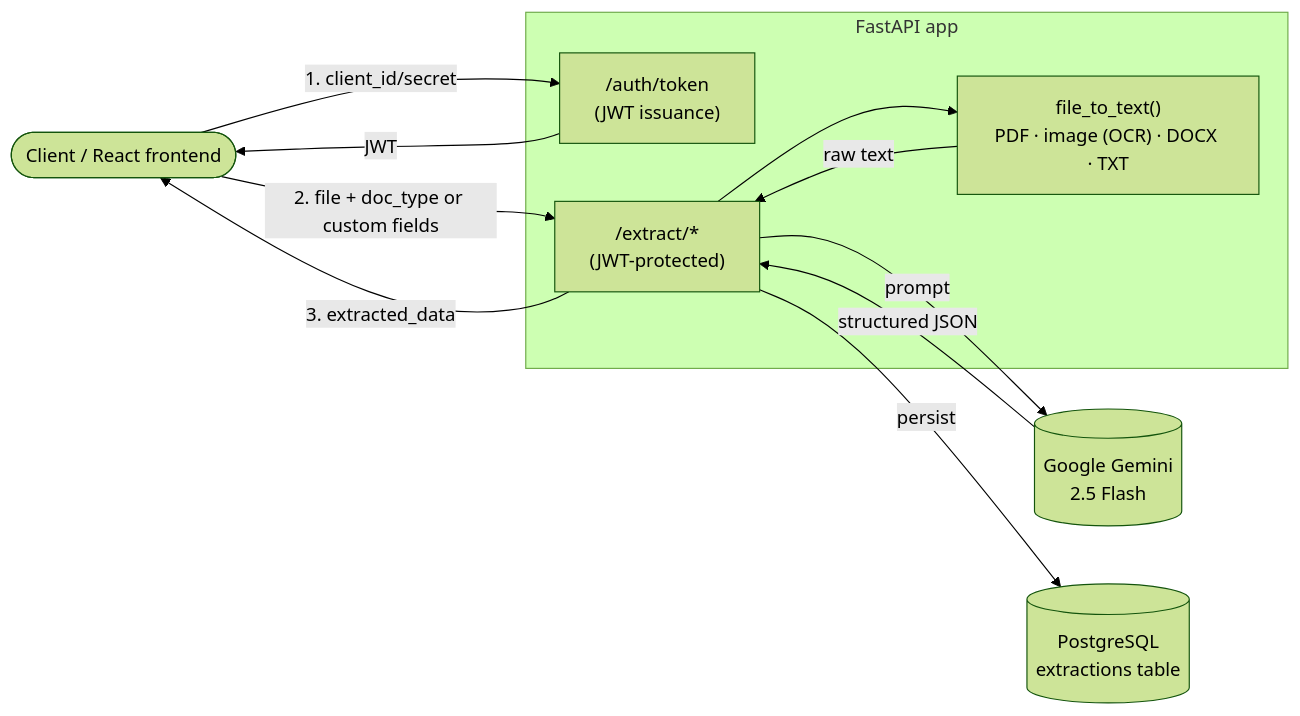
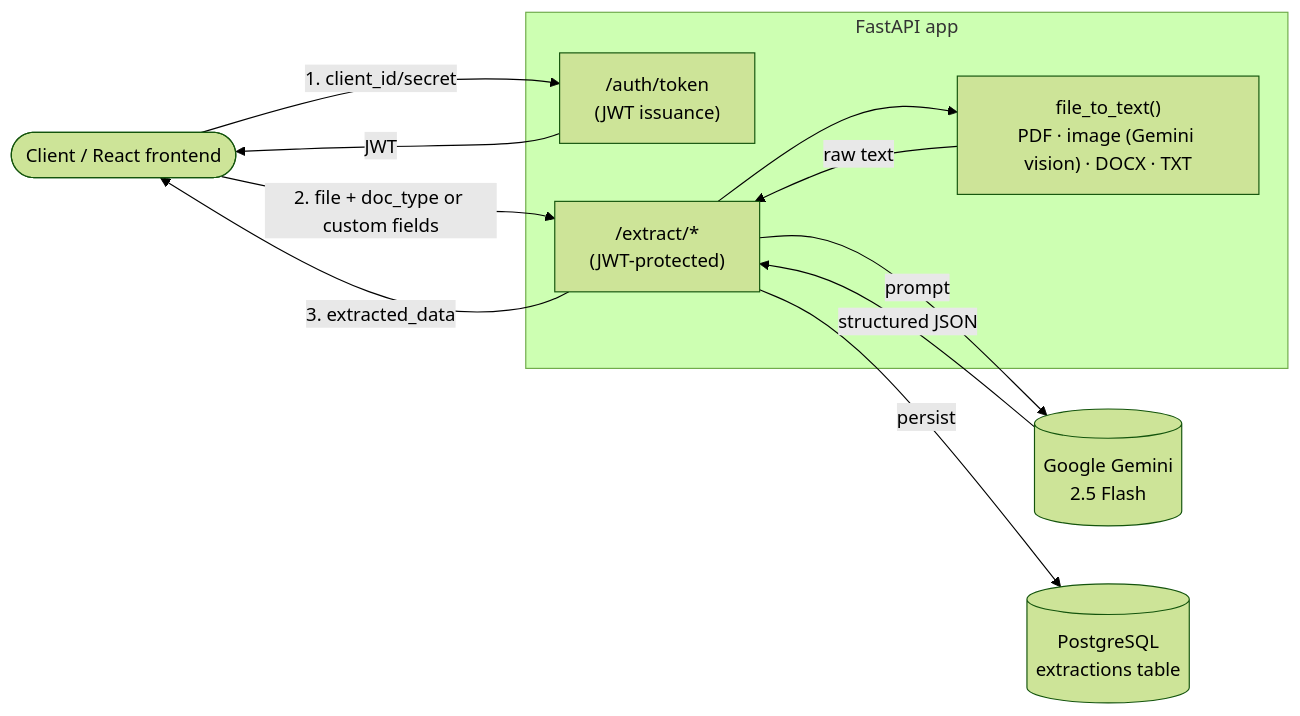
Before and after one commit to sassii-code/fintech-sprint-2026: the diagram in p1-doc-intelligence/README.md, drawn with Mermaid (forest theme). The commit also changed other lines of this file and 3 other files, not shown here.

First line of the commit message:
refactor: replace pytesseract OCR with Gemini vision

````diff
--- a/p1-doc-intelligence/README.md
+++ b/p1-doc-intelligence/README.md
@@ -40,23 +40,23 @@
 ```mermaid
 flowchart LR
     Client(["Client / React frontend"])
 
     subgraph API["FastAPI app"]
         Auth["/auth/token\n(JWT issuance)"]
         Extract["/extract/*\n(JWT-protected)"]
-        FileToText["file_to_text()\nPDF · image (OCR) · DOCX · TXT"]
+        FileToText["file_to_text()\nPDF · image (Gemini vision) · DOCX · TXT"]
     end
 
     Gemini[("Google Gemini\n2.5 Flash")]
     DB[("PostgreSQL\nextractions table")]
 
     Client -- "1. client_id/secret" --> Auth
     Auth -- "JWT" --> Client
     Client -- "2. file + doc_type or custom fields" --> Extract
     Extract --> FileToText
     FileToText -- "raw text" --> Extract
     Extract -- "prompt" --> Gemini
     Gemini -- "structured JSON" --> Extract
     Extract -- "persist" --> DB
     Extract -- "3. extracted_data" --> Client
 ```
````
